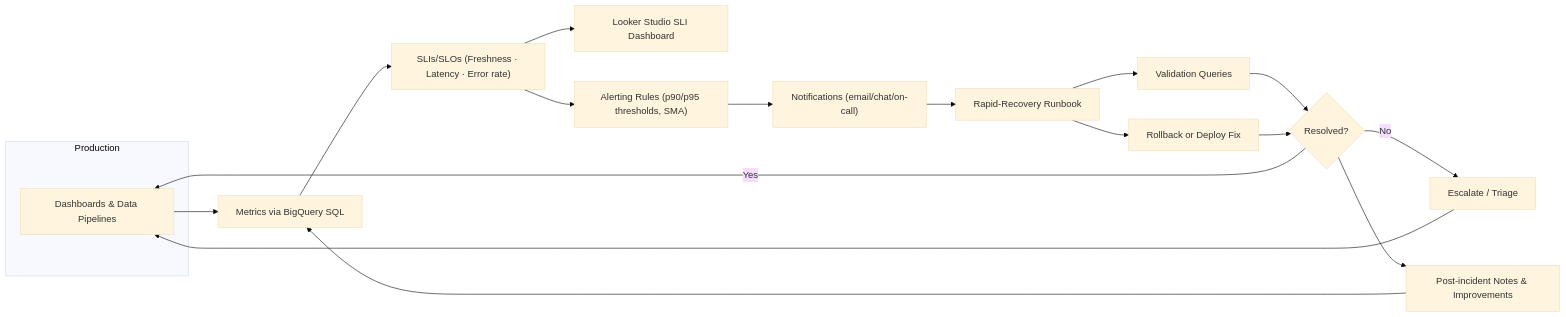
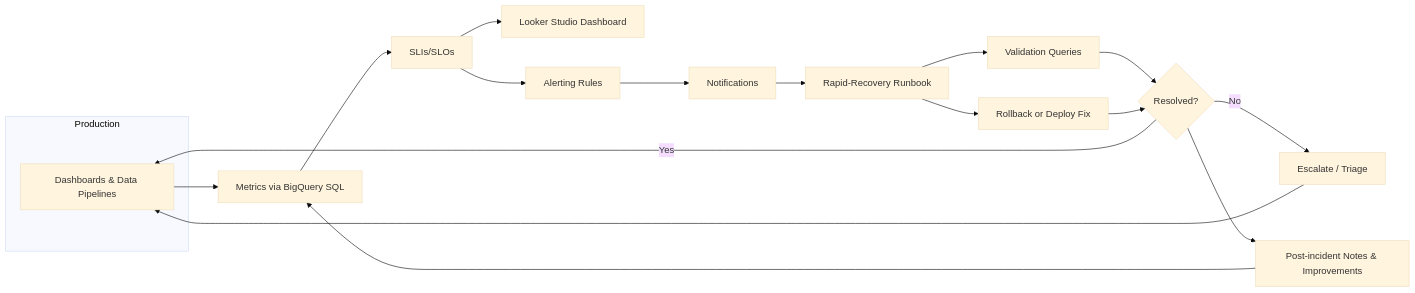
Before and after one commit to LuDanielPoyu/McKinsey-Data-Scientist: the first of 6 diagrams in README.md, drawn with Mermaid (base theme). The commit also changed other lines of this file, not shown here.

````diff
--- a/README.md
+++ b/README.md
@@ -38,26 +38,26 @@
 ```mermaid
 flowchart LR
   subgraph Prod["Production"]
     P["Dashboards & Data Pipelines"]
   end
 
   P --> Q["Metrics via BigQuery SQL"]
-  Q --> S["SLIs/SLOs (Freshness · Latency · Error rate)"]
-  S --> L["Looker Studio SLI Dashboard"]
-  S --> AR["Alerting Rules (p90/p95 thresholds, SMA)"]
-  AR --> N["Notifications (email/chat/on-call)"]
+  Q --> S["SLIs/SLOs"]
+  S --> L["Looker Studio Dashboard"]
+  S --> AR["Alerting Rules"]
+  AR --> N["Notifications"]
   N --> RB["Rapid-Recovery Runbook"]
   RB --> V["Validation Queries"]
   RB --> RF["Rollback or Deploy Fix"]
   V --> DEC{"Resolved?"}
   RF --> DEC
 
   DEC -- Yes --> P
   DEC -- No --> ESC["Escalate / Triage"]
   ESC --> P
 
   DEC --> PI["Post-incident Notes & Improvements"]
   PI --> Q
 
 
 ```
````
